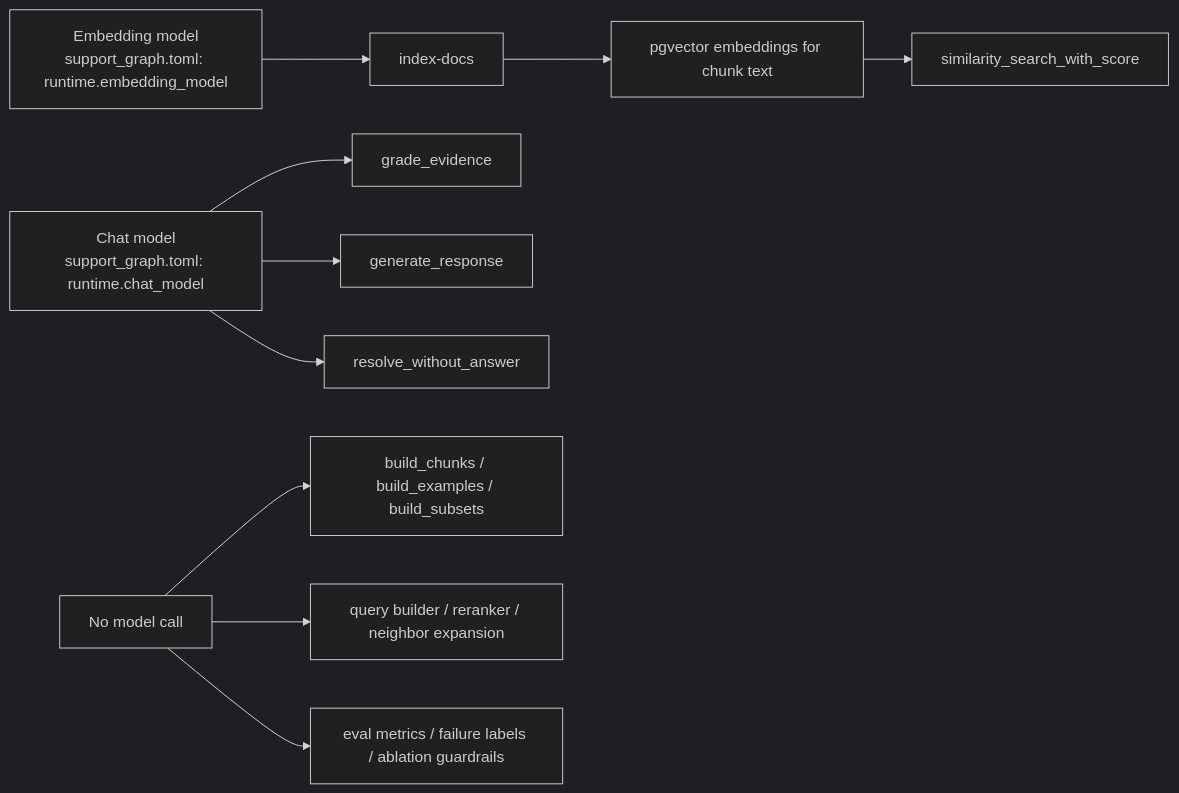
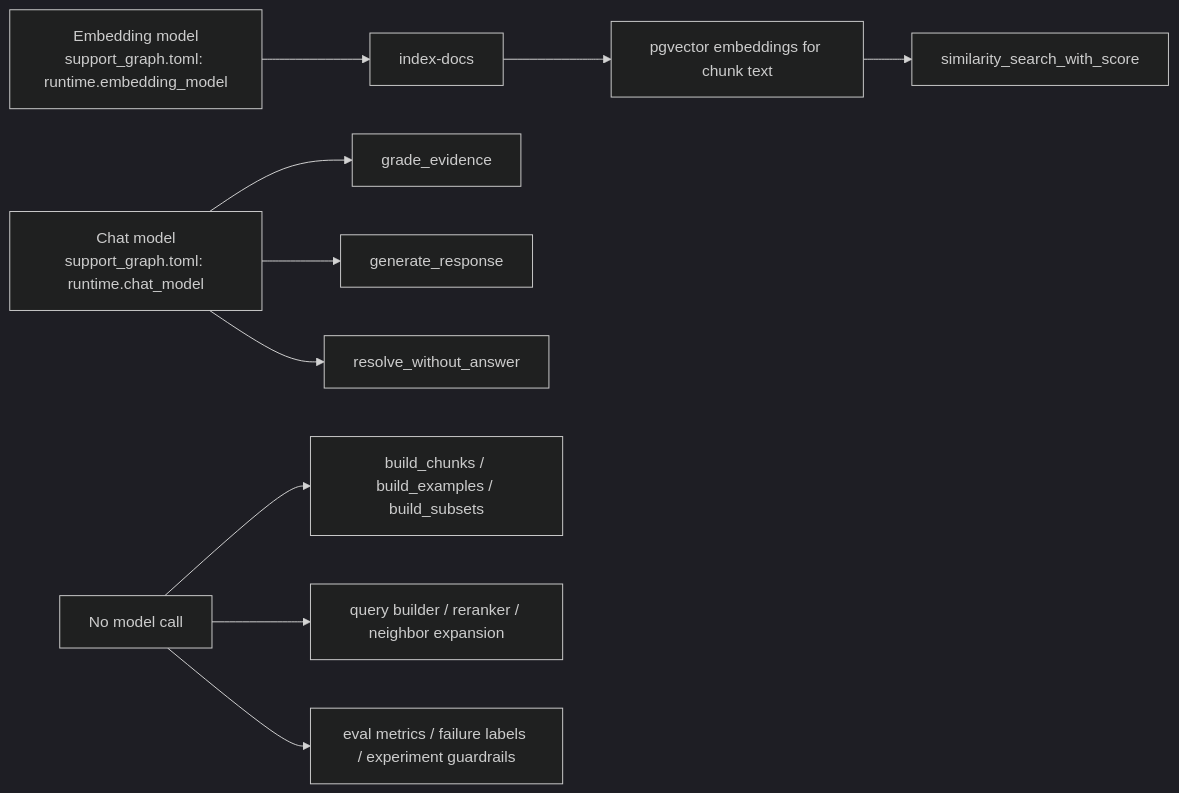
Before and after one commit to YgLK/grounded-support-rag: the eighth of 9 diagrams in README.md, drawn with Mermaid (dark theme). The commit also changed other lines of this file and 1 other file, not shown here.

Commit message:
docs: update README to reflect experiment terminology and archive historical planning docs

````diff
--- a/README.md
+++ b/README.md
@@ -321,12 +323,12 @@
 ```mermaid
 flowchart LR
     A["Embedding model<br/>support_graph.toml: runtime.embedding_model"] --> B["index-docs"]
     B --> C["pgvector embeddings for chunk text"]
     C --> D["similarity_search_with_score"]
     E["Chat model<br/>support_graph.toml: runtime.chat_model"] --> F["grade_evidence"]
     E --> G["generate_response"]
     E --> H["resolve_without_answer"]
     I["No model call"] --> J["build_chunks / build_examples / build_subsets"]
     I --> K["query builder / reranker / neighbor expansion"]
-    I --> L["eval metrics / failure labels / ablation guardrails"]
+    I --> L["eval metrics / failure labels / experiment guardrails"]
 ```
````
